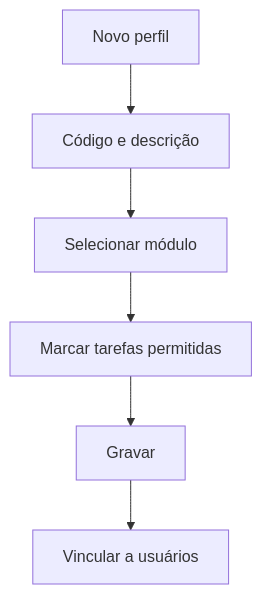
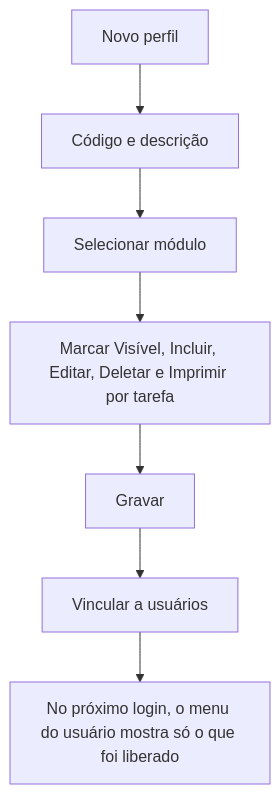
The diagram in docs/gerenciador/perfil.md (rlopeslameira/harpia-docs), drawn with Mermaid before and after one commit. The commit also changed other lines of this file and 21 other files, not shown here.

````diff
--- a/docs/gerenciador/perfil.md
+++ b/docs/gerenciador/perfil.md
@@ -78,8 +115,9 @@
 ```mermaid
 flowchart TD
     A[Novo perfil] --> B[Código e descrição]
     B --> C[Selecionar módulo]
-    C --> D[Marcar tarefas permitidas]
+    C --> D[Marcar Visível, Incluir, Editar, Deletar e Imprimir por tarefa]
     D --> E[Gravar]
     E --> F[Vincular a usuários]
+    F --> G[No próximo login, o menu do usuário mostra só o que foi liberado]
 ```
````
